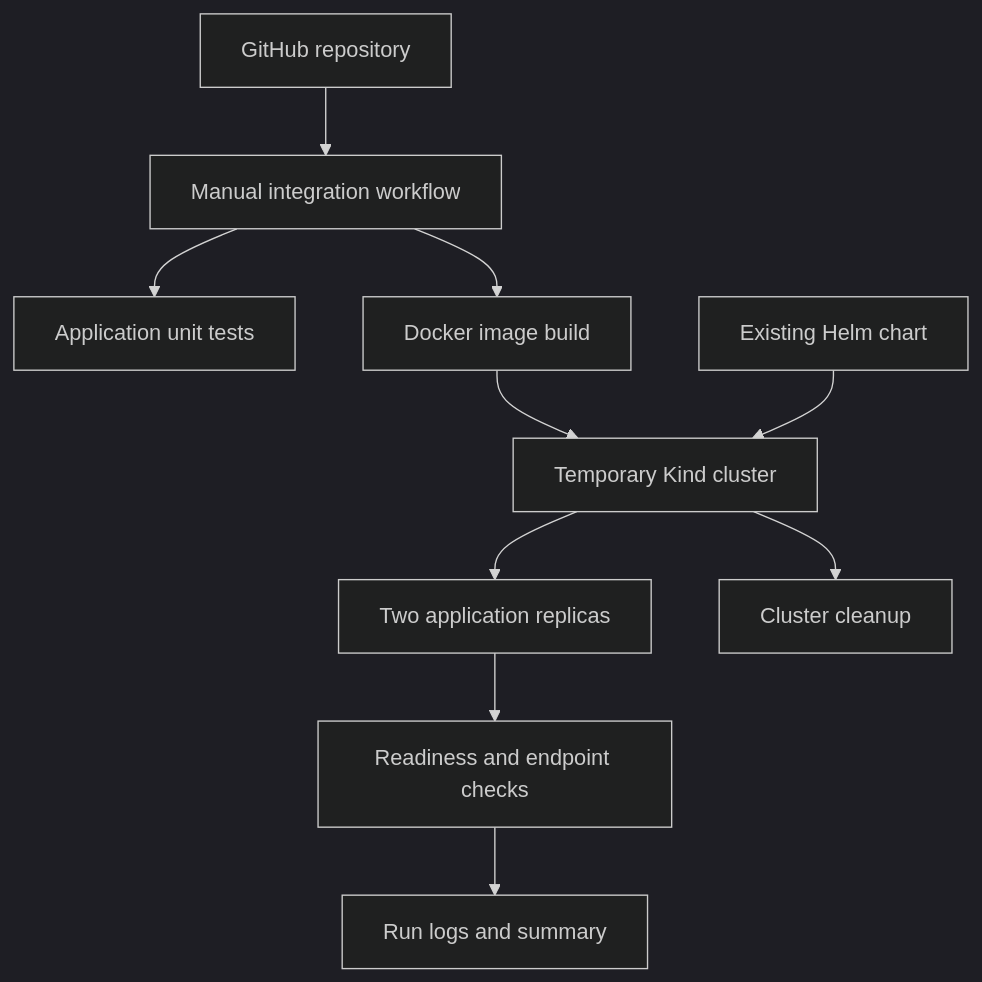
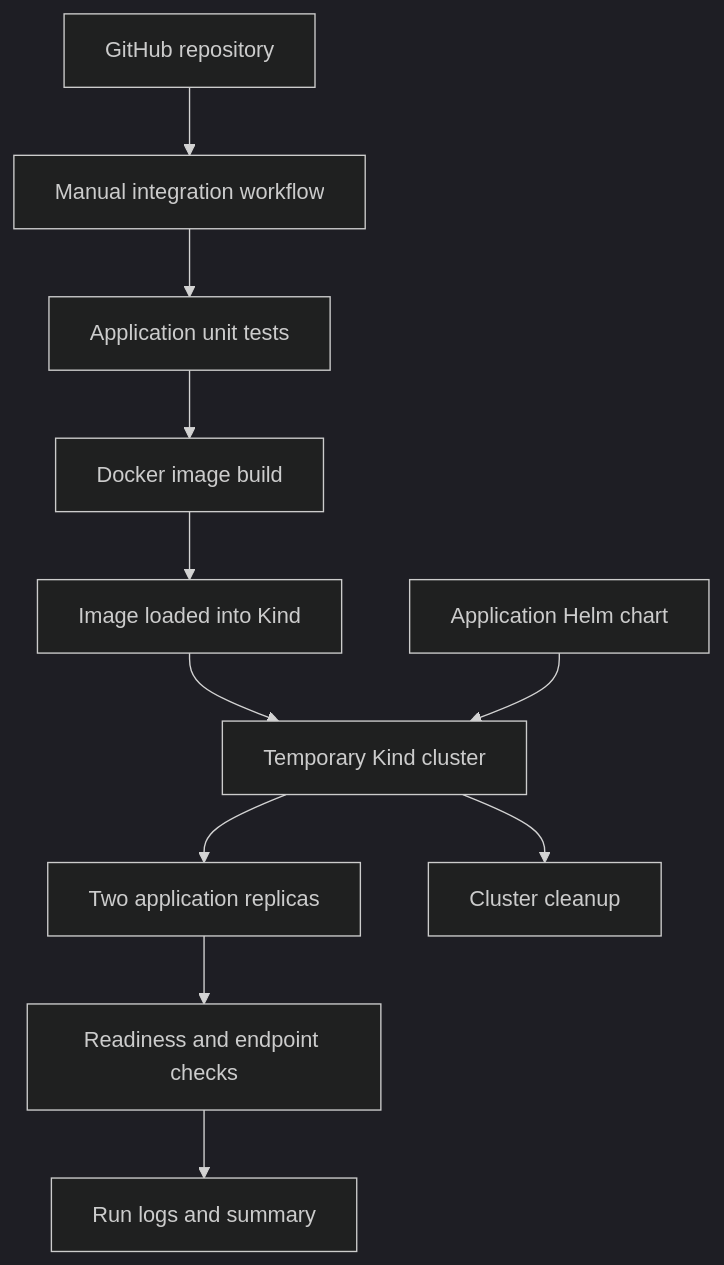
Before and after one commit to niks6996/Production-EKS-Platform: the first of 4 diagrams in docs/architecture.md, drawn with Mermaid (dark theme). The commit also changed other lines of this file, not shown here.

First line of the commit message:
Revise architecture documentation for clarity and updates

````diff
--- a/docs/architecture.md
+++ b/docs/architecture.md
@@ -7,12 +14,13 @@
 ```mermaid
 flowchart TD
     R[GitHub repository] --> W[Manual integration workflow]
     W --> T[Application unit tests]
-    W --> B[Docker image build]
-    B --> K[Temporary Kind cluster]
-    H[Existing Helm chart] --> K
+    T --> B[Docker image build]
+    B --> I[Image loaded into Kind]
+    I --> K[Temporary Kind cluster]
+    H[Application Helm chart] --> K
     K --> P[Two application replicas]
     P --> C[Readiness and endpoint checks]
     C --> L[Run logs and summary]
     K --> D[Cluster cleanup]
 ```
````
